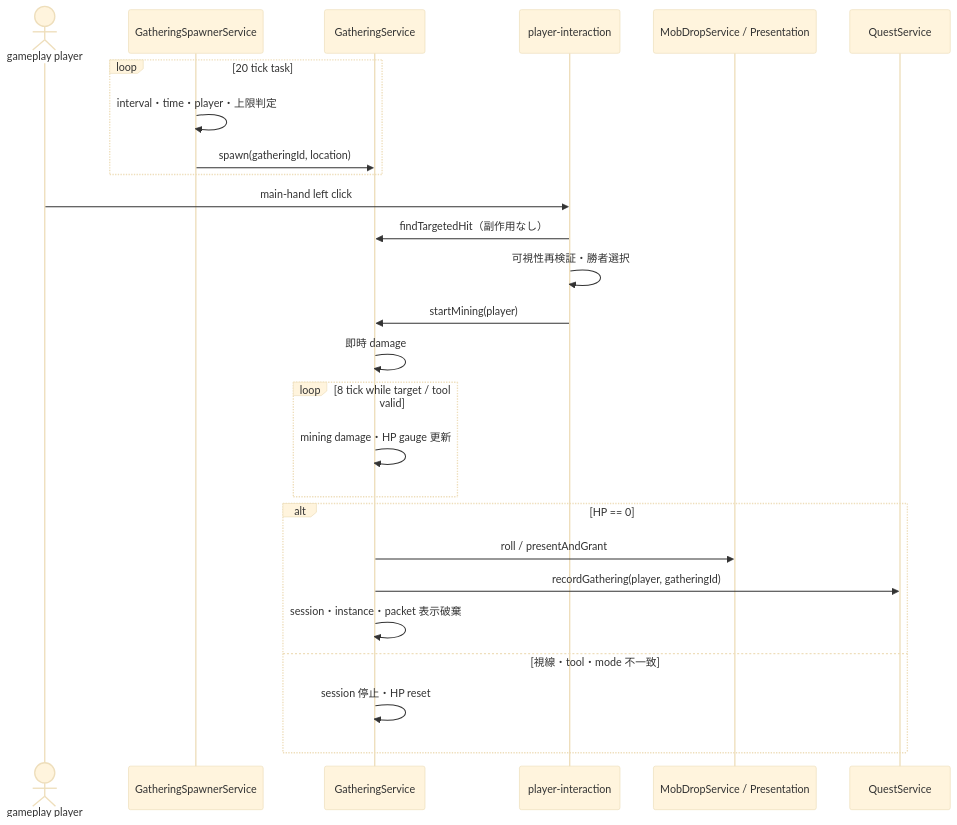
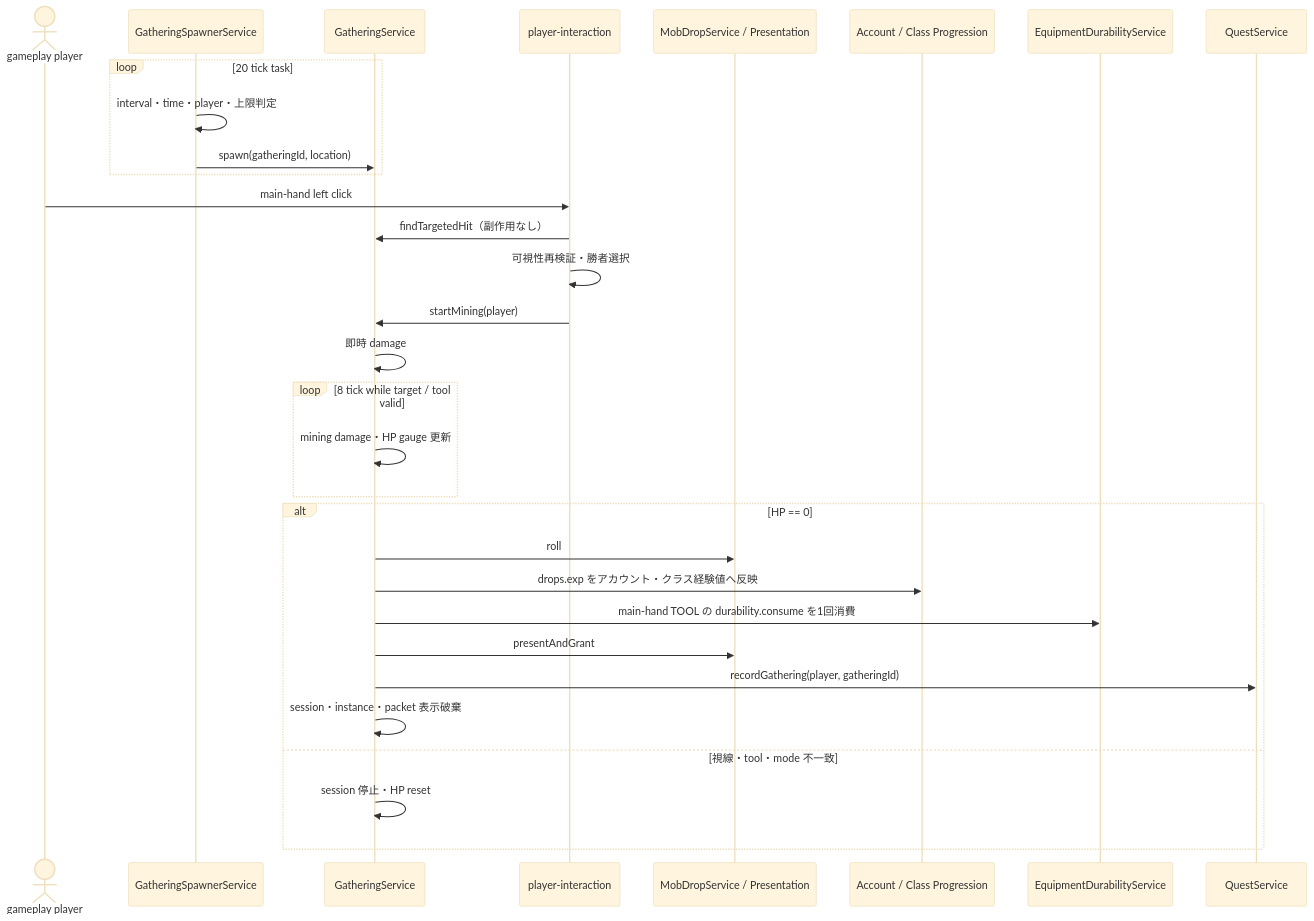
One commit to maaasu/AstralRecord-Workspace changed the seventh of 7 diagrams in 00_docs/10_Plugin設計書/feature/12-mob/12_4-統合フロー.md. Above: the diagram before and after it, drawn with Mermaid (base theme). The commit also changed other lines of this file and 11 other files, not shown here.

````diff
--- a/00_docs/10_Plugin設計書/feature/12-mob/12_4-統合フロー.md
+++ b/00_docs/10_Plugin設計書/feature/12-mob/12_4-統合フロー.md
@@ -203,29 +203,34 @@
 ```mermaid
 sequenceDiagram
     actor Player as gameplay player
     participant Spawner as GatheringSpawnerService
     participant Gather as GatheringService
     participant Input as player-interaction
     participant Drop as MobDropService / Presentation
+    participant Progression as Account / Class Progression
+    participant Durability as EquipmentDurabilityService
     participant Quest as QuestService
 
     loop 20 tick task
         Spawner->>Spawner: interval・time・player・上限判定
         Spawner->>Gather: spawn(gatheringId, location)
     end
     Player->>Input: main-hand left click
     Input->>Gather: findTargetedHit（副作用なし）
     Input->>Input: 可視性再検証・勝者選択
     Input->>Gather: startMining(player)
     Gather->>Gather: 即時 damage
     loop 8 tick while target / tool valid
         Gather->>Gather: mining damage・HP gauge 更新
     end
     alt HP == 0
-        Gather->>Drop: roll / presentAndGrant
+        Gather->>Drop: roll
+        Gather->>Progression: drops.exp をアカウント・クラス経験値へ反映
+        Gather->>Durability: main-hand TOOL の durability.consume を1回消費
+        Gather->>Drop: presentAndGrant
         Gather->>Quest: recordGathering(player, gatheringId)
         Gather->>Gather: session・instance・packet 表示破棄
     else 視線・tool・mode 不一致
         Gather->>Gather: session 停止・HP reset
     end
 ```
````
